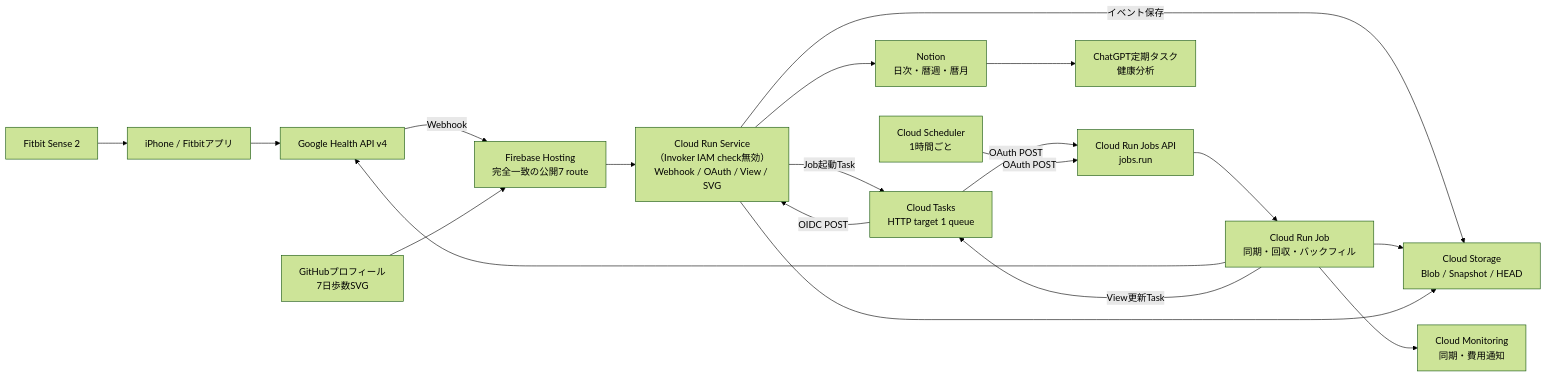
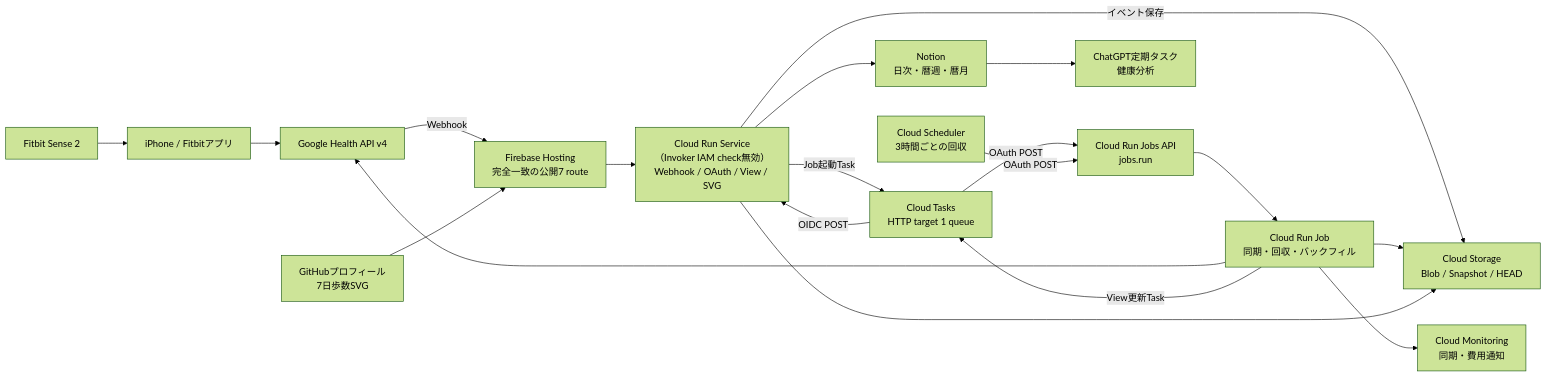
Before and after one commit to binbianlong/health-data-pipeline: the diagram in DESIGN.md, drawn with Mermaid (forest theme). The commit also changed other lines of this file and 22 other files, not shown here.

````diff
--- a/DESIGN.md
+++ b/DESIGN.md
@@ -73,33 +73,33 @@
 ```mermaid
 flowchart LR
     Fitbit["Fitbit Sense 2"]
     iPhone["iPhone / Fitbitアプリ"]
     Health["Google Health API v4"]
     Hosting["Firebase Hosting<br/>完全一致の公開7 route"]
     Service["Cloud Run Service（Invoker IAM check無効）<br/>Webhook / OAuth / View / SVG"]
     Tasks["Cloud Tasks<br/>HTTP target 1 queue"]
     RunAPI["Cloud Run Jobs API<br/>jobs.run"]
-    Scheduler["Cloud Scheduler<br/>1時間ごと"]
+    Scheduler["Cloud Scheduler<br/>3時間ごとの回収"]
     Job["Cloud Run Job<br/>同期・回収・バックフィル"]
     GCS["Cloud Storage<br/>Blob / Snapshot / HEAD"]
     Notion["Notion<br/>日次・暦週・暦月"]
     ChatGPT["ChatGPT定期タスク<br/>健康分析"]
     GitHub["GitHubプロフィール<br/>7日歩数SVG"]
     Monitoring["Cloud Monitoring<br/>同期・費用通知"]
 
     Fitbit --> iPhone --> Health
     Health -- "Webhook" --> Hosting --> Service
     Service -- "イベント保存" --> GCS
     Service -- "Job起動Task" --> Tasks
     Tasks -- "OAuth POST" --> RunAPI --> Job
     Scheduler -- "OAuth POST" --> RunAPI
     Job --> Health
     Job --> GCS
     Job -- "View更新Task" --> Tasks
     Tasks -- "OIDC POST" --> Service
     Service --> Notion
     Service --> GCS
     Notion --> ChatGPT
     GitHub --> Hosting
     Job --> Monitoring
 ```
````
